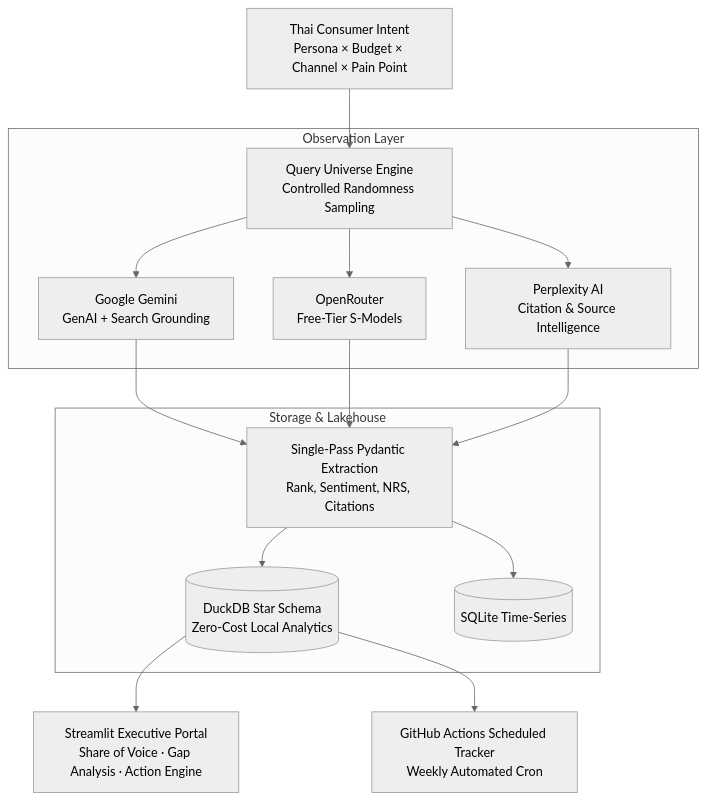
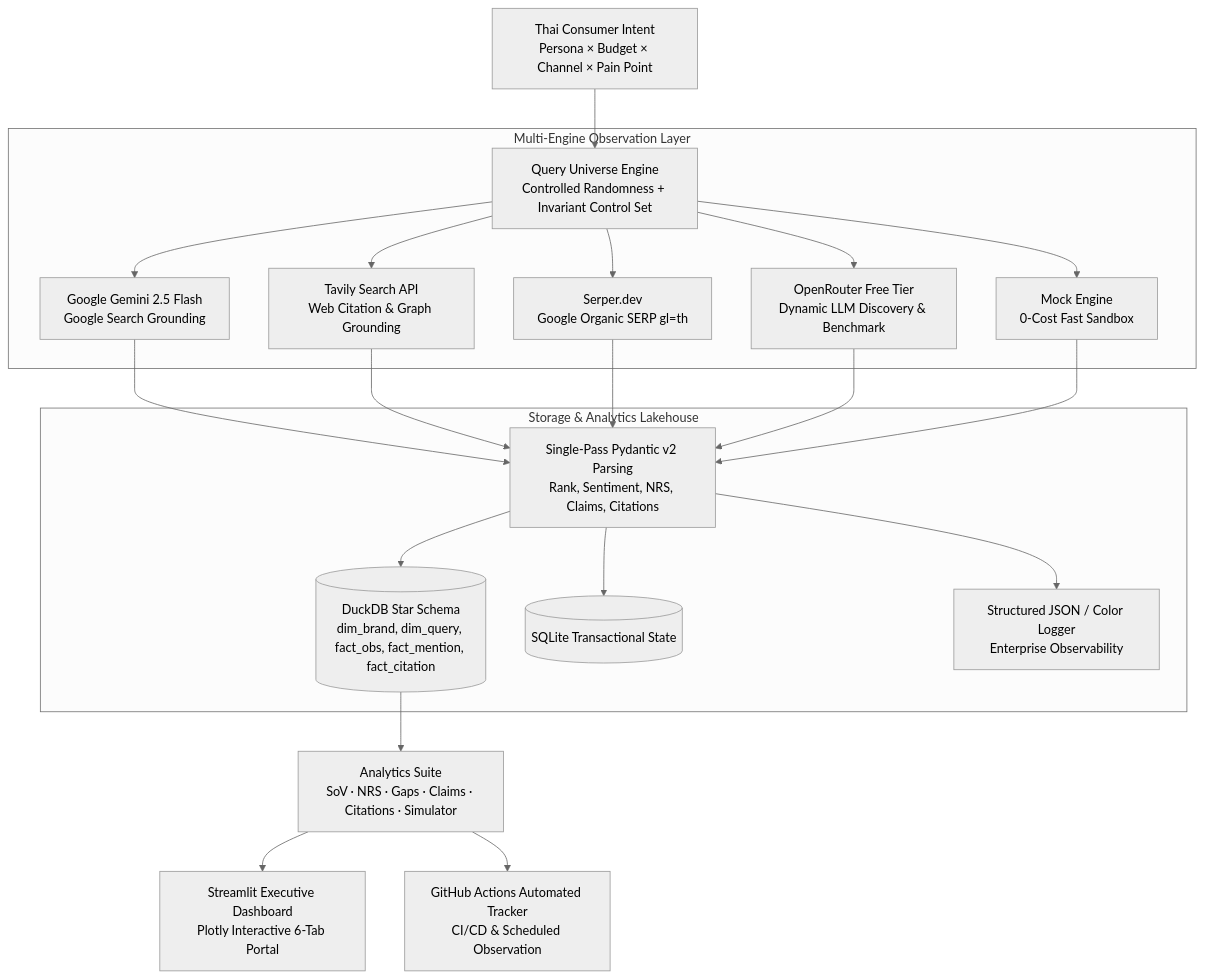
The diagram in README.md (adulsaa-q/ai_brand_tracker), drawn with Mermaid (neutral theme) before and after one commit. The commit also changed other lines of this file and 1 other file, not shown here.

````diff
--- a/README.md
+++ b/README.md
@@ -13,29 +17,38 @@
 ```mermaid
 graph TD
     UserQuery[Thai Consumer Intent
 Persona × Budget × Channel × Pain Point] --> Generator[Query Universe Engine
-Controlled Randomness Sampling]
+Controlled Randomness + Invariant Control Set]
     
-    subgraph Observation Layer
-        Generator --> Engine1[Google Gemini
-GenAI + Search Grounding]
-        Generator --> Engine2[OpenRouter
-Free-Tier S-Models]
-        Generator --> Engine3[Perplexity AI
-Citation & Source Intelligence]
+    subgraph Multi-Engine Observation Layer
+        Generator --> Engine1[Google Gemini 2.5 Flash
+Google Search Grounding]
+        Generator --> Engine2[Tavily Search API
+Web Citation & Graph Grounding]
+        Generator --> Engine3[Serper.dev
+Google Organic SERP gl=th]
+        Generator --> Engine4[OpenRouter Free Tier
+Dynamic LLM Discovery & Benchmark]
+        Generator --> Engine5[Mock Engine
+0-Cost Fast Sandbox]
     end
     
-    Engine1 & Engine2 & Engine3 --> Pydantic[Single-Pass Pydantic Extraction
-Rank, Sentiment, NRS, Citations]
+    Engine1 & Engine2 & Engine3 & Engine4 & Engine5 --> Pydantic[Single-Pass Pydantic v2 Parsing
+Rank, Sentiment, NRS, Claims, Citations]
     
-    subgraph Storage & Lakehouse
+    subgraph Storage & Analytics Lakehouse
         Pydantic --> DuckDB[(DuckDB Star Schema
-Zero-Cost Local Analytics)]
-        Pydantic --> SQLite[(SQLite Time-Series)]
+dim_brand, dim_query, fact_obs, fact_mention, fact_citation)]
+        Pydantic --> SQLite[(SQLite Transactional State)]
+        Pydantic --> Logger[Structured JSON / Color Logger
+Enterprise Observability]
     end
     
-    DuckDB --> Dashboard[Streamlit Executive Portal
-Share of Voice · Gap Analysis · Action Engine]
-    DuckDB --> Cron[GitHub Actions Scheduled Tracker
-Weekly Automated Cron]
+    DuckDB --> Analytics[Analytics Suite
+SoV · NRS · Gaps · Claims · Citations · Simulator]
+    
+    Analytics --> Dashboard[Streamlit Executive Dashboard
+Plotly Interactive 6-Tab Portal]
+    Analytics --> Actions[GitHub Actions Automated Tracker
+CI/CD & Scheduled Observation]
 ```
````
